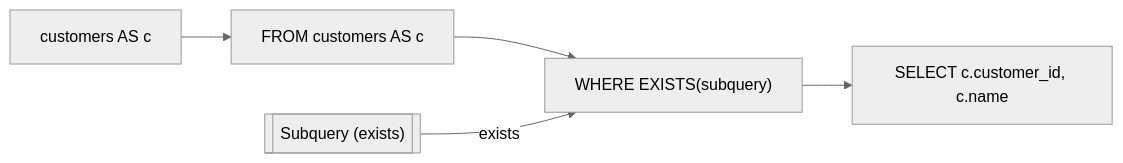
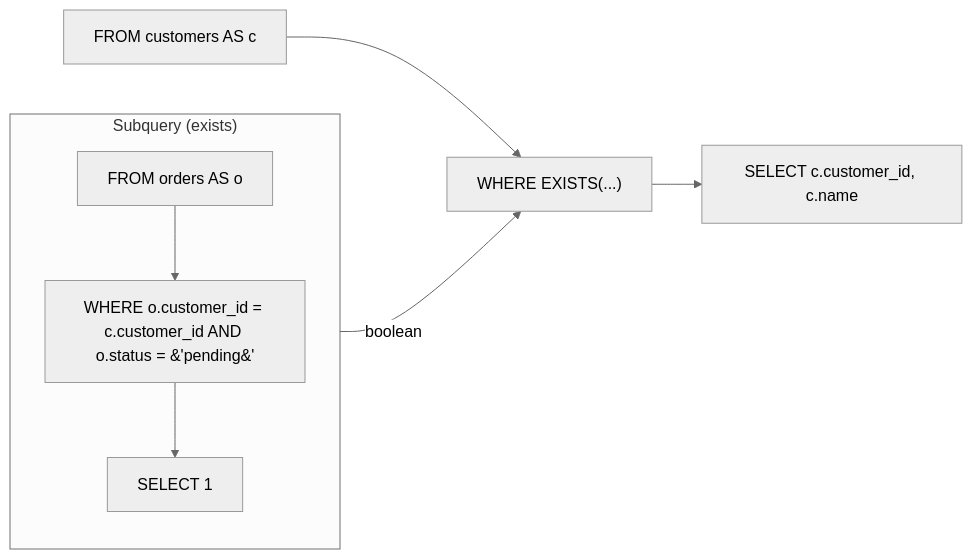
The diagram in examples/subquery_exists.mmd (rot1024/sqloflow), drawn with Mermaid (neutral theme) before and after one commit. The commit also changed 68 other files, not shown here.

```diff
--- a/examples/subquery_exists.mmd
+++ b/examples/subquery_exists.mmd
@@ -1,10 +1,15 @@
 flowchart LR
-    node_0[customers AS c]
-    node_1[FROM customers AS c]
-    node_2["WHERE EXISTS(subquery)"]
-    node_3[["Subquery (exists)"]]
-    node_4["SELECT c.customer_id, c.name"]
+    node_0[FROM customers AS c]
+    node_1["WHERE EXISTS(...)"]
+    subgraph subquery_node_2 ["Subquery (exists)"]
+        direction TB
+        subq_2_node_0[FROM orders AS o]
+        subq_2_node_1["WHERE o.customer_id = c.customer_id AND o.status = &#39;pending&#39;"]
+        subq_2_node_2["SELECT 1"]
+        subq_2_node_0 --> subq_2_node_1
+        subq_2_node_1 --> subq_2_node_2
+    end
+    subq_2_node_2 -->|boolean| node_1
+    node_3["SELECT c.customer_id, c.name"]
     node_0 --> node_1
-    node_1 --> node_2
-    node_3 -->|exists| node_2
-    node_2 --> node_4
+    node_1 --> node_3
```
